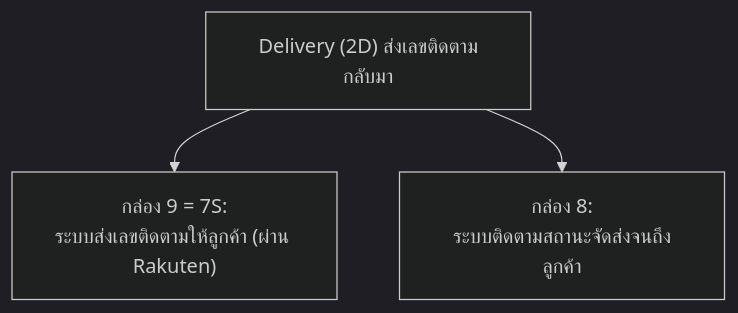
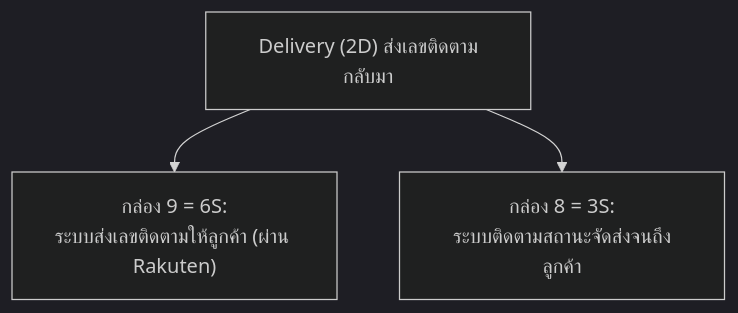
Before and after one commit to xbpkdi/321-sa-proj: the fourth of 4 diagrams in 02-chapter2-business-process/00-how-to-fix-simple.md, drawn with Mermaid (dark theme). The commit also changed other lines of this file, not shown here.

````diff
--- a/02-chapter2-business-process/00-how-to-fix-simple.md
+++ b/02-chapter2-business-process/00-how-to-fix-simple.md
@@ -140,5 +146,5 @@
 ```mermaid
 graph TD
-  D2["Delivery (2D) ส่งเลขติดตามกลับมา"] --> P9["กล่อง 9 = 7S:<br/>ระบบส่งเลขติดตามให้ลูกค้า (ผ่าน Rakuten)"]
-  D2 --> P8["กล่อง 8:<br/>ระบบติดตามสถานะจัดส่งจนถึงลูกค้า"]
+  D2["Delivery (2D) ส่งเลขติดตามกลับมา"] --> P9["กล่อง 9 = 6S:<br/>ระบบส่งเลขติดตามให้ลูกค้า (ผ่าน Rakuten)"]
+  D2 --> P8["กล่อง 8 = 3S:<br/>ระบบติดตามสถานะจัดส่งจนถึงลูกค้า"]
 ```
````
